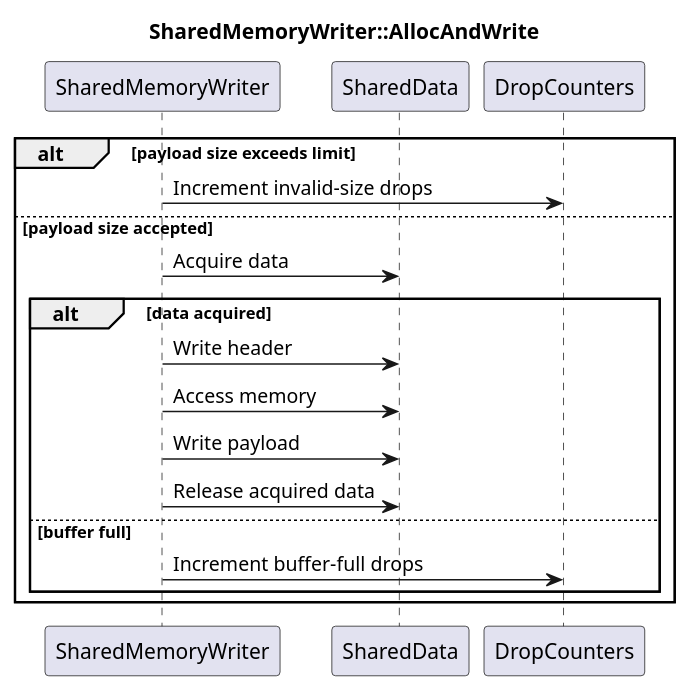
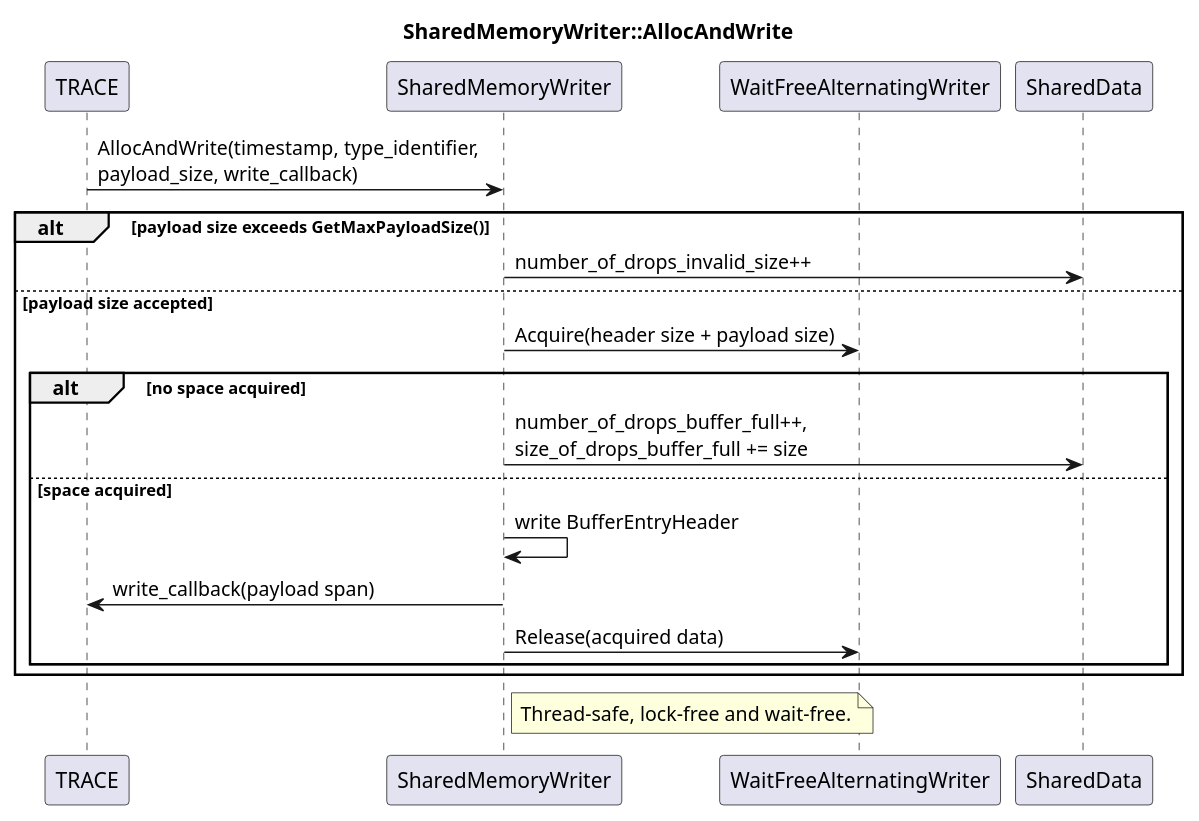
Before and after one commit to eclipse-score/logging: the diagram in docs/components/mw_log/detailed_design/_assets/shared_memory_writer_allocandwrite.puml, drawn with PlantUML. The commit also changed 10 other files, not shown here.

```diff
--- a/docs/components/mw_log/detailed_design/_assets/shared_memory_writer_allocandwrite.puml
+++ b/docs/components/mw_log/detailed_design/_assets/shared_memory_writer_allocandwrite.puml
@@ -14,23 +14,27 @@
 @startuml shared_memory_writer_allocandwrite
 
 title SharedMemoryWriter::AllocAndWrite
 
+participant "TRACE" as TRACE
 participant "SharedMemoryWriter" as SharedMemoryWriter
+participant "WaitFreeAlternatingWriter" as WaitFreeAlternatingWriter
 participant "SharedData" as SharedData
-participant "DropCounters" as DropCounters
 
-alt payload size exceeds limit
-    SharedMemoryWriter -> DropCounters : Increment invalid-size drops
+TRACE -> SharedMemoryWriter : AllocAndWrite(timestamp, type_identifier,\npayload_size, write_callback)
+
+alt payload size exceeds GetMaxPayloadSize()
+    SharedMemoryWriter -> SharedData : number_of_drops_invalid_size++
 else payload size accepted
-    SharedMemoryWriter -> SharedData : Acquire data
-    alt data acquired
-        SharedMemoryWriter -> SharedData : Write header
-        SharedMemoryWriter -> SharedData : Access memory
-        SharedMemoryWriter -> SharedData : Write payload
-        SharedMemoryWriter -> SharedData : Release acquired data
-    else buffer full
-        SharedMemoryWriter -> DropCounters : Increment buffer-full drops
+    SharedMemoryWriter -> WaitFreeAlternatingWriter : Acquire(header size + payload size)
+    alt no space acquired
+        SharedMemoryWriter -> SharedData : number_of_drops_buffer_full++,\nsize_of_drops_buffer_full += size
+    else space acquired
+        SharedMemoryWriter -> SharedMemoryWriter : write BufferEntryHeader
+        SharedMemoryWriter -> TRACE : write_callback(payload span)
+        SharedMemoryWriter -> WaitFreeAlternatingWriter : Release(acquired data)
     end
 end
 
+note right of SharedMemoryWriter : Thread-safe, lock-free and wait-free.
+
 @enduml
```
